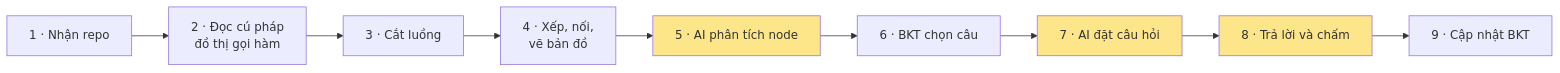
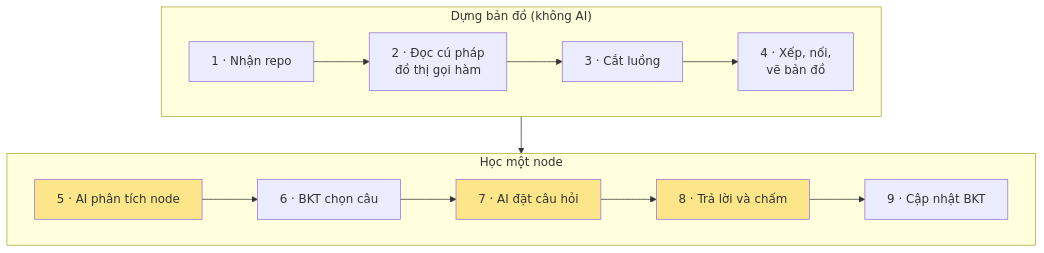
Before and after one commit to huynhthanhnhannnh-pixel/Hackathon_SGU: the second of 2 diagrams in TONG_QUAN_GUI_ANH_CANH.md, drawn with Mermaid.

````diff
--- a/TONG_QUAN_GUI_ANH_CANH.md
+++ b/TONG_QUAN_GUI_ANH_CANH.md
@@ -41,8 +41,15 @@
 ```mermaid
-flowchart LR
-    B1["1 · Nhận repo"] --> B2["2 · Đọc cú pháp<br/>đồ thị gọi hàm"] --> B3["3 · Cắt luồng"] --> B4["4 · Xếp, nối,<br/>vẽ bản đồ"]
-    B4 --> B5["5 · AI phân tích node"] --> B6["6 · BKT chọn câu"] --> B7["7 · AI đặt câu hỏi"] --> B8["8 · Trả lời và chấm"] --> B9["9 · Cập nhật BKT"]
+flowchart TB
+    subgraph R1["Dựng bản đồ (không AI)"]
+        direction LR
+        B1["1 · Nhận repo"] --> B2["2 · Đọc cú pháp<br/>đồ thị gọi hàm"] --> B3["3 · Cắt luồng"] --> B4["4 · Xếp, nối,<br/>vẽ bản đồ"]
+    end
+    subgraph R2["Học một node"]
+        direction LR
+        B5["5 · AI phân tích node"] --> B6["6 · BKT chọn câu"] --> B7["7 · AI đặt câu hỏi"] --> B8["8 · Trả lời và chấm"] --> B9["9 · Cập nhật BKT"]
+    end
+    R1 --> R2
     style B5 fill:#fde68a
     style B7 fill:#fde68a
     style B8 fill:#fde68a
 ```
````
